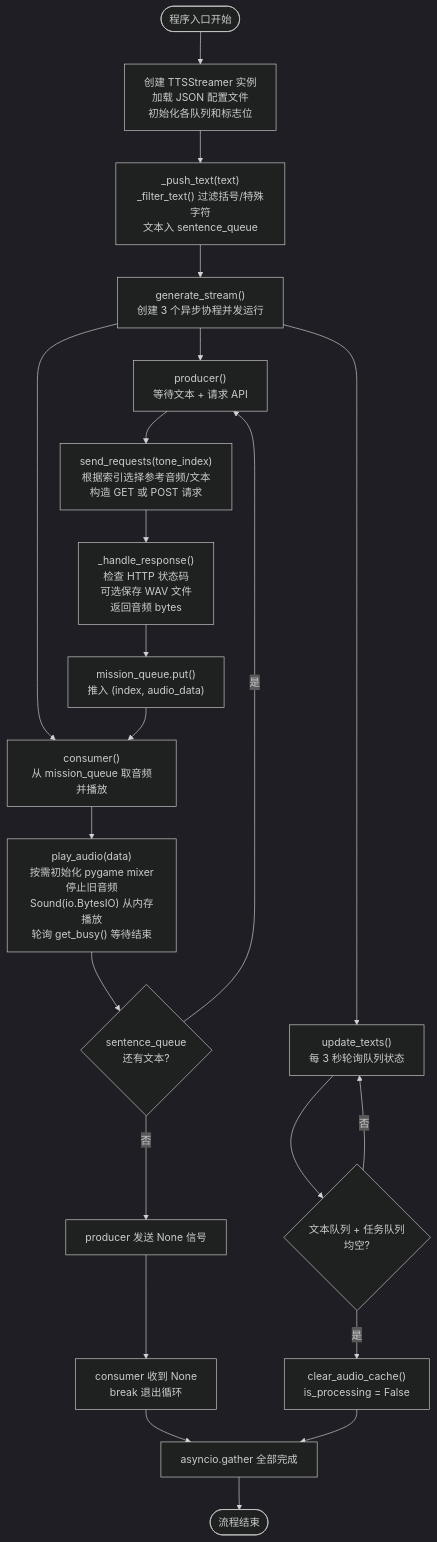
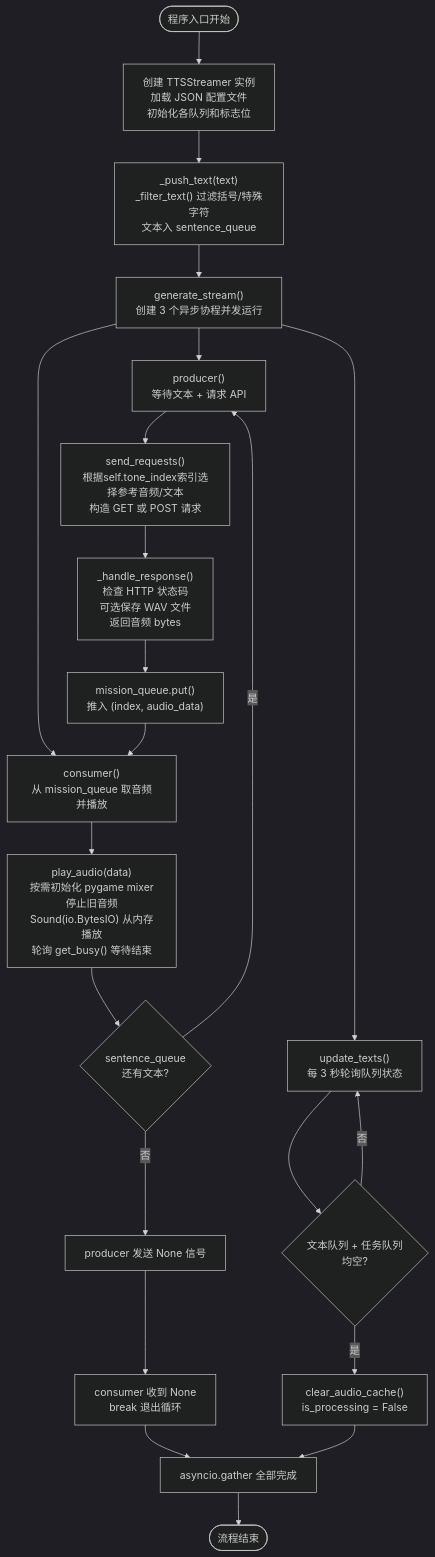
Before and after one commit to Thingking-Nethor/custom_TTS_service_for_Agent: the first of 3 diagrams in voice/customized_voice_service_flow.md, drawn with Mermaid (dark theme). The commit also changed other lines of this file, not shown here.

````diff
--- a/voice/customized_voice_service_flow.md
+++ b/voice/customized_voice_service_flow.md
@@ -7,34 +7,34 @@
 ```mermaid
 flowchart TD
     A([程序入口开始]) --> B[创建 TTSStreamer 实例<br/>加载 JSON 配置文件<br/>初始化各队列和标志位]
     B --> C["_push_text(text)<br/>_filter_text() 过滤括号/特殊字符<br/>文本入 sentence_queue"]
     C --> D["generate_stream()<br/>创建 3 个异步协程并发运行"]
 
     D --> E["update_texts()<br/>每 3 秒轮询队列状态"]
     D --> F["producer()<br/>等待文本 + 请求 API"]
     D --> G["consumer()<br/>从 mission_queue 取音频并播放"]
 
-    F --> H["send_requests(tone_index)<br/>根据索引选择参考音频/文本<br/>构造 GET 或 POST 请求"]
+    F --> H["send_requests()<br/>根据self.tone_index索引选择参考音频/文本<br/>构造 GET 或 POST 请求"]
 
     H --> I["_handle_response()<br/>检查 HTTP 状态码<br/>可选保存 WAV 文件<br/>返回音频 bytes"]
 
     I --> J["mission_queue.put()<br/>推入 (index, audio_data)"]
 
     J --> G
 
     G --> K["play_audio(data)<br/>按需初始化 pygame mixer<br/>停止旧音频<br/>Sound(io.BytesIO) 从内存播放<br/>轮询 get_busy() 等待结束"]
 
     K --> L{"sentence_queue<br/>还有文本?"}
     L -->|是| F
     L -->|否| M["producer 发送 None 信号"]
 
     M --> N["consumer 收到 None<br/>break 退出循环"]
 
     E --> O{"文本队列 + 任务队列<br/>均空?"}
     O -->|是| P["clear_audio_cache()<br/>is_processing = False"]
     O -->|否| E
 
     N --> Q["asyncio.gather 全部完成"]
     P --> Q
     Q --> R([流程结束])
 ```
````
